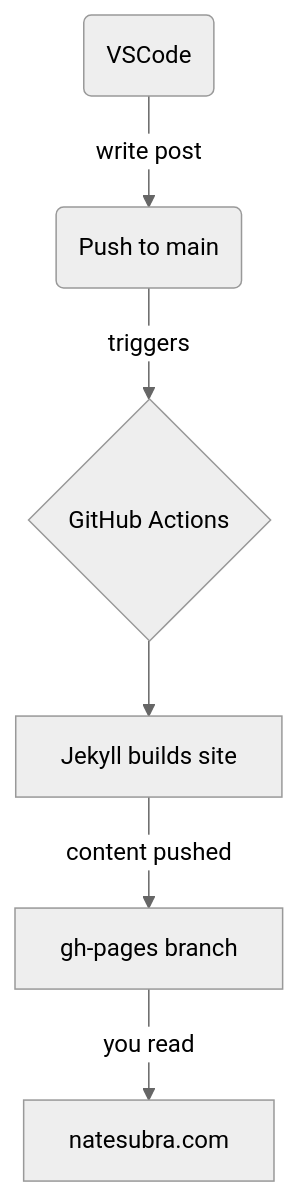
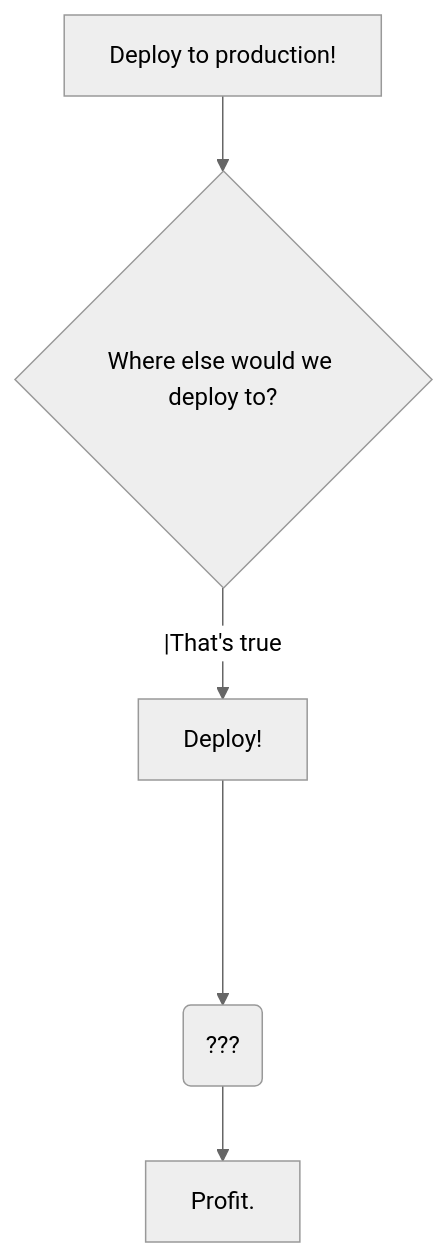
The diagram in _posts/2022-11-04-hello-world.adoc (natesubra/natesubra.github.io), drawn with Mermaid (neutral theme) before and after one commit.

Commit message:
update diagram test

```diff
--- a/_posts/2022-11-04-hello-world.adoc
+++ b/_posts/2022-11-04-hello-world.adoc
@@ -44,9 +44,8 @@
 [mermaid,format=svg]
 ....
-graph TD
-    A(VSCode) -->|write post| B(Push to main)
-    B -->|triggers| C{GitHub Actions}
-    C --> D[Jekyll builds site]
-    D -->|content pushed| E[gh-pages branch]
-    E -->|you read| F[natesubra.com]
+flowchart TD
+    A[Deploy to production!] --> B{Where else would we deploy to?};
+    B -- |That's true --> C[Deploy!];
+    C ----> E(???);
+    E --> F[Profit.];
 ....
```
